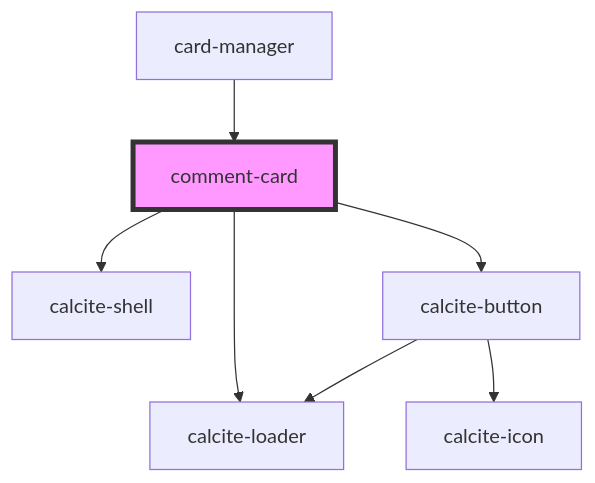
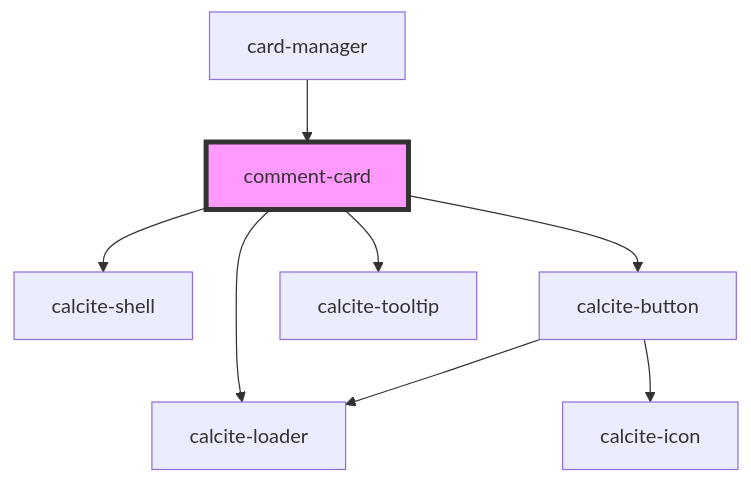
The diagram in src/components/comment-card/readme.md (Esri/solutions-components), drawn with Mermaid before and after one commit. The commit also changed other lines of this file and 10 other files, not shown here.

````diff
--- a/src/components/comment-card/readme.md
+++ b/src/components/comment-card/readme.md
@@ -35,10 +36,11 @@
 ```mermaid
 graph TD;
   comment-card --> calcite-loader
   comment-card --> calcite-shell
   comment-card --> calcite-button
+  comment-card --> calcite-tooltip
   calcite-button --> calcite-loader
   calcite-button --> calcite-icon
   card-manager --> comment-card
   style comment-card fill:#f9f,stroke:#333,stroke-width:4px
 ```
````
